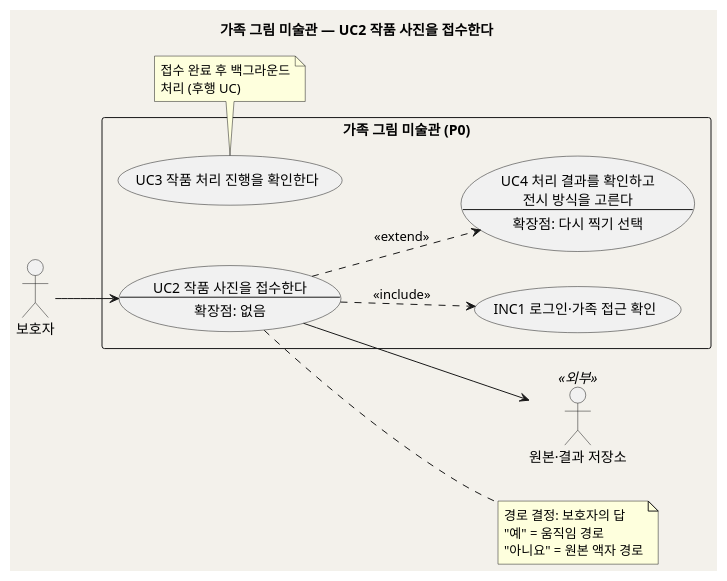
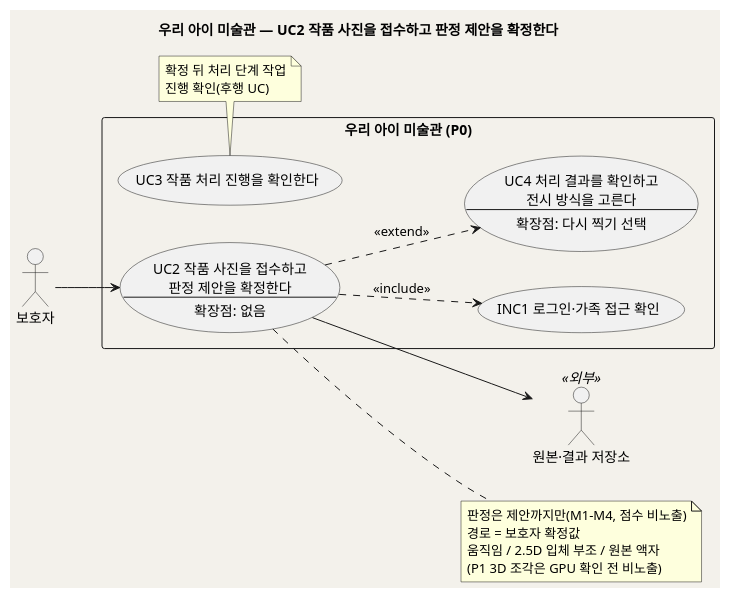
One commit to kids-gallery/uri-gallery changed the first of 2 diagrams in design/UC_02_작품사진접수.md. Above: the diagram before and after it, drawn with PlantUML. The commit also changed other lines of this file and 23 other files, not shown here.

````diff
--- a/design/UC_02_작품사진접수.md
+++ b/design/UC_02_작품사진접수.md
@@ -43,33 +44,34 @@
 ```plantuml
-@startuml uc_family_gallery_02
+@startuml uc_our_child_gallery_02
 skinparam backgroundColor #F3F1EB
 skinparam shadowing false
 left to right direction
-title 가족 그림 미술관 — UC2 작품 사진을 접수한다
+title 우리 아이 미술관 — UC2 작품 사진을 접수하고 판정 제안을 확정한다
 
 actor "보호자" as Parent
 actor "원본·결과 저장소" as Store <<외부>>
 
-rectangle "가족 그림 미술관 (P0)" {
-  usecase "UC2 작품 사진을 접수한다\n--\n확장점: 없음" as UC2
+rectangle "우리 아이 미술관 (P0)" {
+  usecase "UC2 작품 사진을 접수하고\n판정 제안을 확정한다\n--\n확장점: 없음" as UC2
   usecase "INC1 로그인·가족 접근 확인" as INC1
   usecase "UC4 처리 결과를 확인하고\n전시 방식을 고른다\n--\n확장점: 다시 찍기 선택" as UC4
   usecase "UC3 작품 처리 진행을 확인한다" as UC3
 }
 
 Parent --> UC2
 UC2 ..> INC1 : <<include>>
 UC2 ..> UC4 : <<extend>>
 UC2 --> Store
 
 note right of UC2
-  경로 결정: 보호자의 답
-  "예" = 움직임 경로
-  "아니요" = 원본 액자 경로
+  판정은 제안까지만(M1-M4, 점수 비노출)
+  경로 = 보호자 확정값
+  움직임 / 2.5D 입체 부조 / 원본 액자
+  (P1 3D 조각은 GPU 확인 전 비노출)
 end note
 note bottom of UC3
-  접수 완료 후 백그라운드
-  처리 (후행 UC)
+  확정 뒤 처리 단계 작업
+  진행 확인(후행 UC)
 end note
 @enduml
 ```
````
